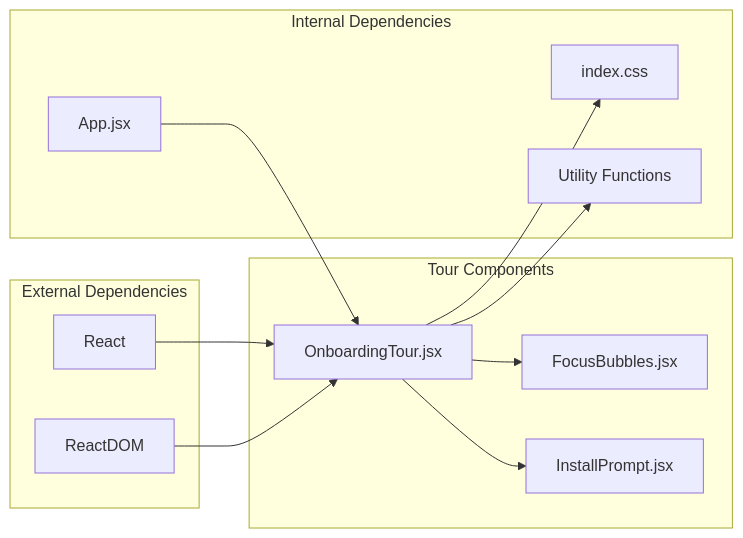
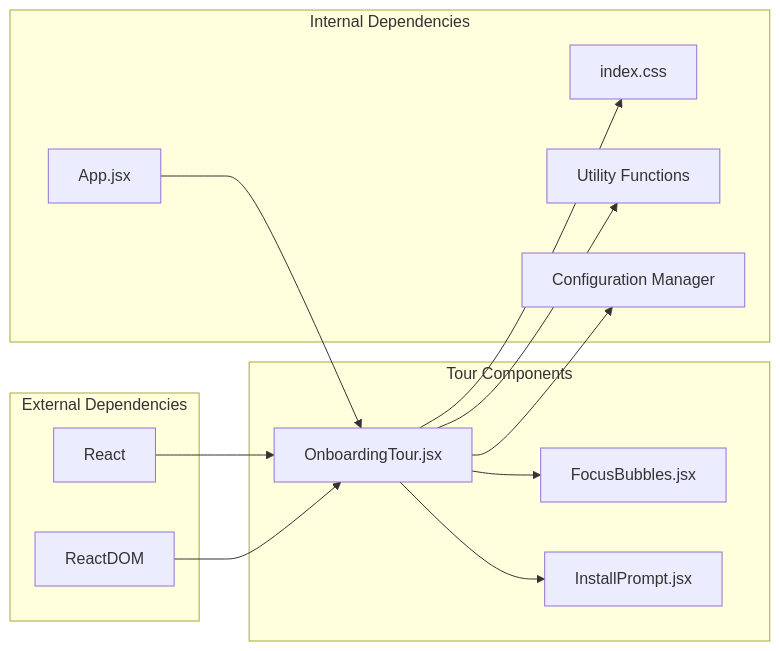
One commit to zmyeo54/briefroom changed the sixth of 6 diagrams in .qoder/repowiki/en/content/Core Features/Onboarding Tour System.md. Above: the diagram before and after it, drawn with Mermaid. The commit also changed other lines of this file and 32 other files, not shown here.

````diff
--- a/.qoder/repowiki/en/content/Core Features/Onboarding Tour System.md
+++ b/.qoder/repowiki/en/content/Core Features/Onboarding Tour System.md
@@ -248,24 +311,26 @@
 ```mermaid
 graph LR
 subgraph "External Dependencies"
 React[React]
 ReactDOM[ReactDOM]
 end
 subgraph "Internal Dependencies"
 App[App.jsx]
 Styles[index.css]
 Utils[Utility Functions]
+Config[Configuration Manager]
 end
 subgraph "Tour Components"
 Tour[OnboardingTour.jsx]
 Focus[FocusBubbles.jsx]
 Prompt[InstallPrompt.jsx]
 end
 React --> Tour
 ReactDOM --> Tour
 App --> Tour
 Tour --> Focus
 Tour --> Prompt
 Tour --> Styles
 Tour --> Utils
+Tour --> Config
 ```
````
